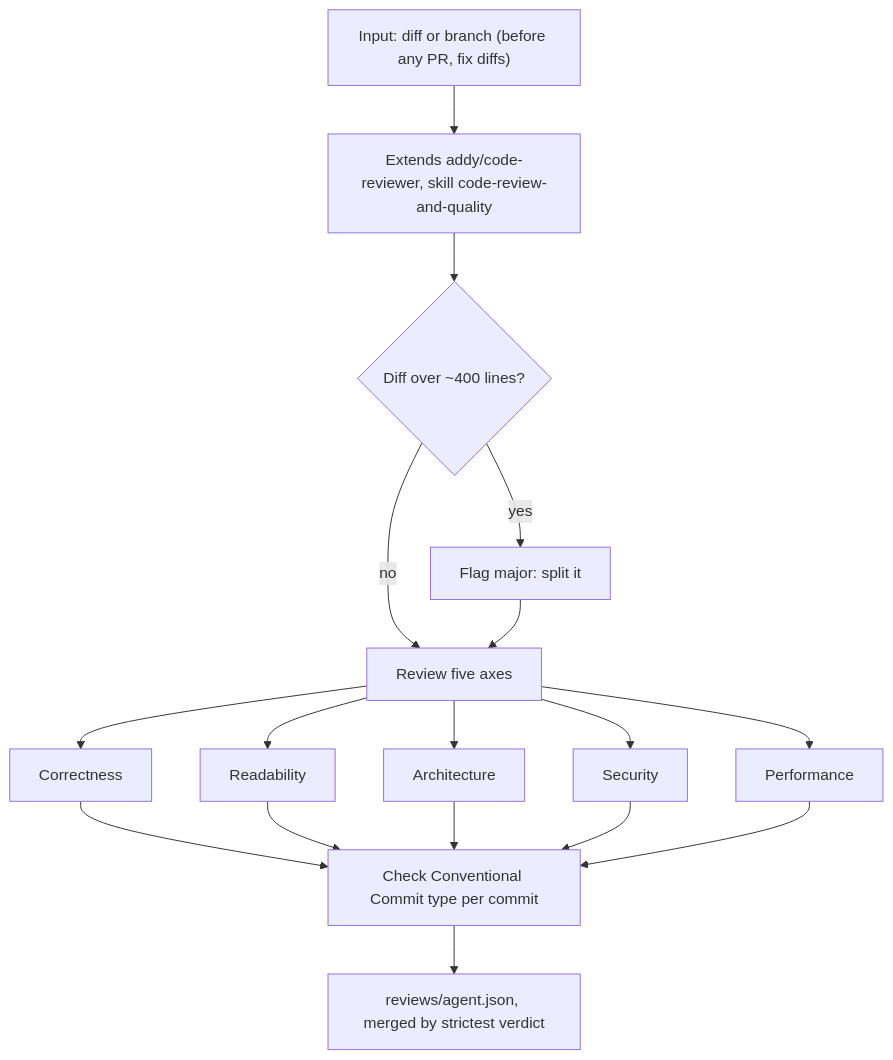
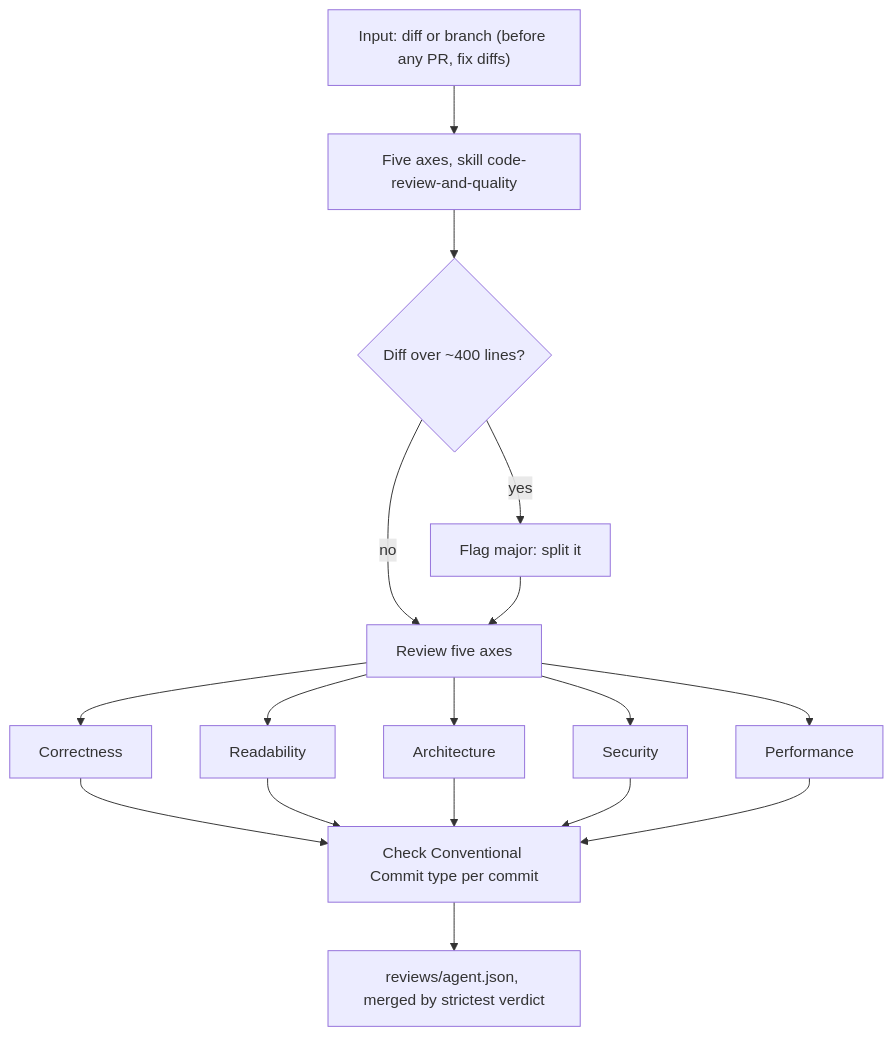
One commit to nicolasmondain/adorno changed the third of 10 diagrams in src/agents/review/SCHEMA.md. Above: the diagram before and after it, drawn with Mermaid. The commit also changed other lines of this file and 718 other files, not shown here.

````diff
--- a/src/agents/review/SCHEMA.md
+++ b/src/agents/review/SCHEMA.md
@@ -35,19 +39,19 @@
 ```mermaid
 flowchart TD
-  A["Input: diff or branch (before any PR, fix diffs)"] --> B["Extends addy/code-reviewer, skill code-review-and-quality"]
+  A["Input: diff or branch (before any PR, fix diffs)"] --> B["Five axes, skill code-review-and-quality"]
   B --> C{"Diff over ~400 lines?"}
   C -->|"yes"| D["Flag major: split it"]
   C -->|"no"| E["Review five axes"]
   D --> E
   E --> E1["Correctness"]
   E --> E2["Readability"]
   E --> E3["Architecture"]
   E --> E4["Security"]
   E --> E5["Performance"]
   E1 --> F["Check Conventional Commit type per commit"]
   E2 --> F
   E3 --> F
   E4 --> F
   E5 --> F
   F --> G["reviews/agent.json, merged by strictest verdict"]
 ```
````
